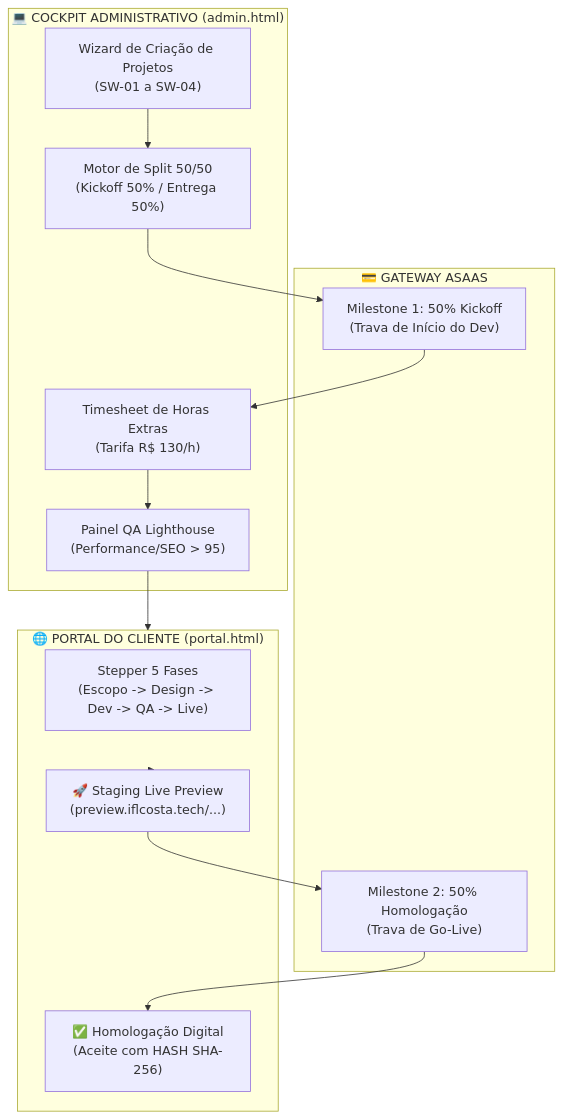
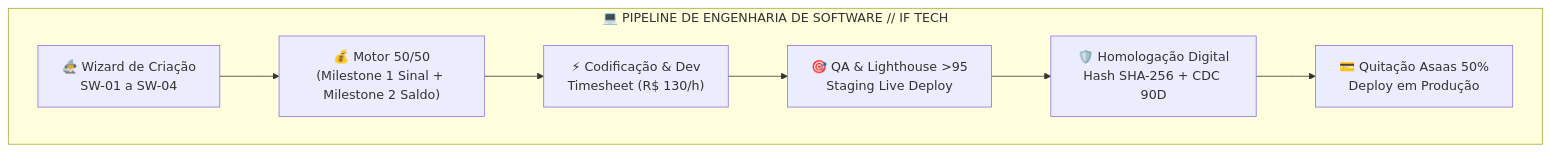
One commit to iflcosta/iflcosta-tech changed the first of 2 diagrams in docs/ops/AUDIT_SPRINT4_SOFTWARE_WEB.md. Above: the diagram before and after it, drawn with Mermaid. The commit also changed other lines of this file and 4 other files, not shown here.

Commit message:
docs(audit): consolidate sprint 4 technical audit and schema polish

````diff
--- a/docs/ops/AUDIT_SPRINT4_SOFTWARE_WEB.md
+++ b/docs/ops/AUDIT_SPRINT4_SOFTWARE_WEB.md
@@ -15,29 +21,10 @@
 ```mermaid
 graph TD
-    subgraph ADMIN["💻 COCKPIT ADMINISTRATIVO (admin.html)"]
-        WIZARD["Wizard de Criação de Projetos<br/>(SW-01 a SW-04)"]
-        SPLIT_5050["Motor de Split 50/50<br/>(Kickoff 50% / Entrega 50%)"]
-        TIMESHEET["Timesheet de Horas Extras<br/>(Tarifa R$ 130/h)"]
-        LH_AUDIT["Painel QA Lighthouse<br/>(Performance/SEO > 95)"]
+    subgraph SPRINT4_PIPELINE["💻 PIPELINE DE ENGENHARIA DE SOFTWARE // IF TECH"]
+        WIZARD["🧙‍♂️ Wizard de Criação<br/>SW-01 a SW-04"] --> SPLIT["💰 Motor 50/50<br/>(Milestone 1 Sinal + Milestone 2 Saldo)"]
+        SPLIT --> DEV["⚡ Codificação & Dev<br/>Timesheet (R$ 130/h)"]
+        DEV --> QA["🎯 QA & Lighthouse >95<br/>Staging Live Deploy"]
+        QA --> HOMOLOG["🛡️ Homologação Digital<br/>Hash SHA-256 + CDC 90D"]
+        HOMOLOG --> ASAAS_SETTLE["💳 Quitação Asaas 50%<br/>Deploy em Produção"]
     end
-
-    subgraph FINTECH["💳 GATEWAY ASAAS"]
-        PIX_KICKOFF["Milestone 1: 50% Kickoff<br/>(Trava de Início do Dev)"]
-        PIX_FINAL["Milestone 2: 50% Homologação<br/>(Trava de Go-Live)"]
-    end
-
-    subgraph CLIENT["🌐 PORTAL DO CLIENTE (portal.html)"]
-        STEPPER["Stepper 5 Fases<br/>(Escopo -> Design -> Dev -> QA -> Live)"]
-        STAGING["🚀 Staging Live Preview<br/>(preview.iflcosta.tech/...)"]
-        HOMOLOG_CERT["✅ Homologação Digital<br/>(Aceite com HASH SHA-256)"]
-    end
-
-    WIZARD --> SPLIT_5050
-    SPLIT_5050 --> PIX_KICKOFF
-    PIX_KICKOFF --> TIMESHEET
-    TIMESHEET --> LH_AUDIT
-    LH_AUDIT --> CLIENT
-    CLIENT --> STAGING
-    STAGING --> PIX_FINAL
-    PIX_FINAL --> HOMOLOG_CERT
 ```
````
